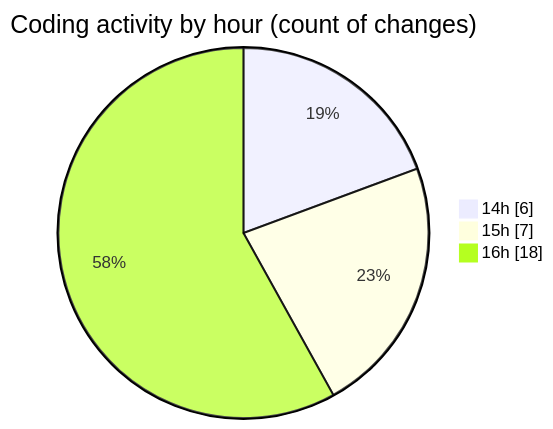
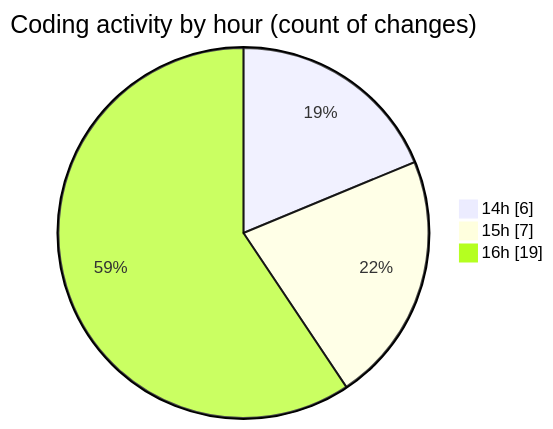
One commit to igalym/code-tracking changed the second of 2 diagrams in 2026-03-30/cinema/README.md. Above: the diagram before and after it, drawn with Mermaid. The commit also changed other lines of this file and 1 other file, not shown here.

````diff
--- a/2026-03-30/cinema/README.md
+++ b/2026-03-30/cinema/README.md
@@ -33,7 +33,7 @@
 ```mermaid
 pie showData
 title Coding activity by hour (count of changes)
 "14h" : 6
 "15h" : 7
-"16h" : 18
+"16h" : 19
 ```
````
